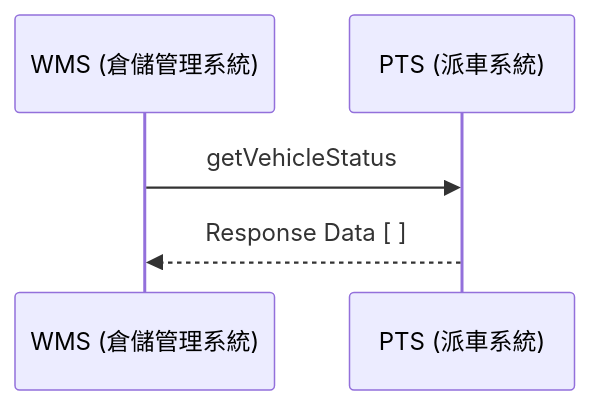
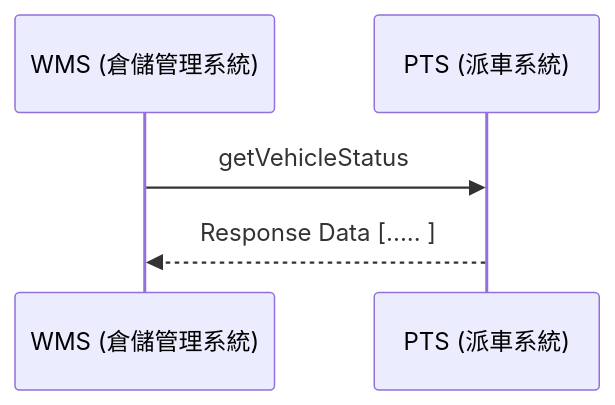
Before and after one commit to athena-tircgo/amr-wms-lsj: the fifth of 10 diagrams in README.md, drawn with Mermaid.

````diff
--- a/README.md
+++ b/README.md
@@ -336,10 +336,9 @@
 ```mermaid
 sequenceDiagram
-participant WMS as WMS (倉儲管理系統)
-participant PTS as PTS (派車系統)
+    participant WMS as WMS (倉儲管理系統)
+    participant PTS as PTS (派車系統)
     
-
         WMS->>PTS: getVehicleStatus
-        PTS-->>WMS: Response Data [ ] 
+        PTS-->>WMS: Response Data [..... ] 
 
 ```
````
